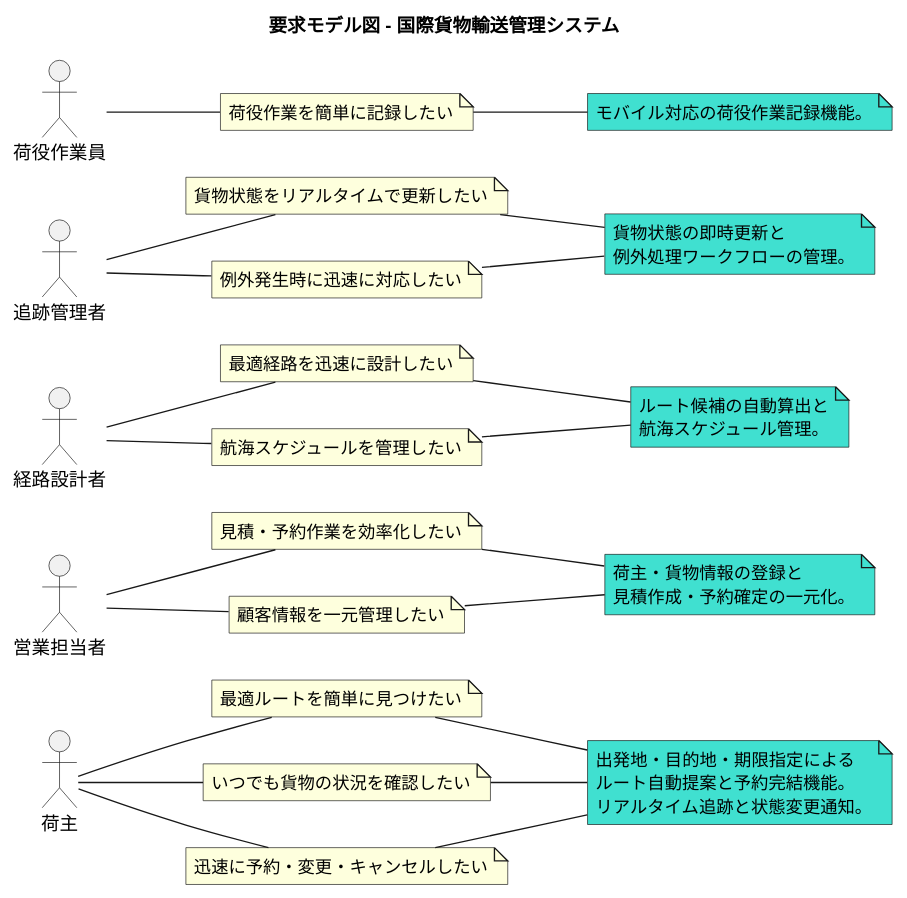
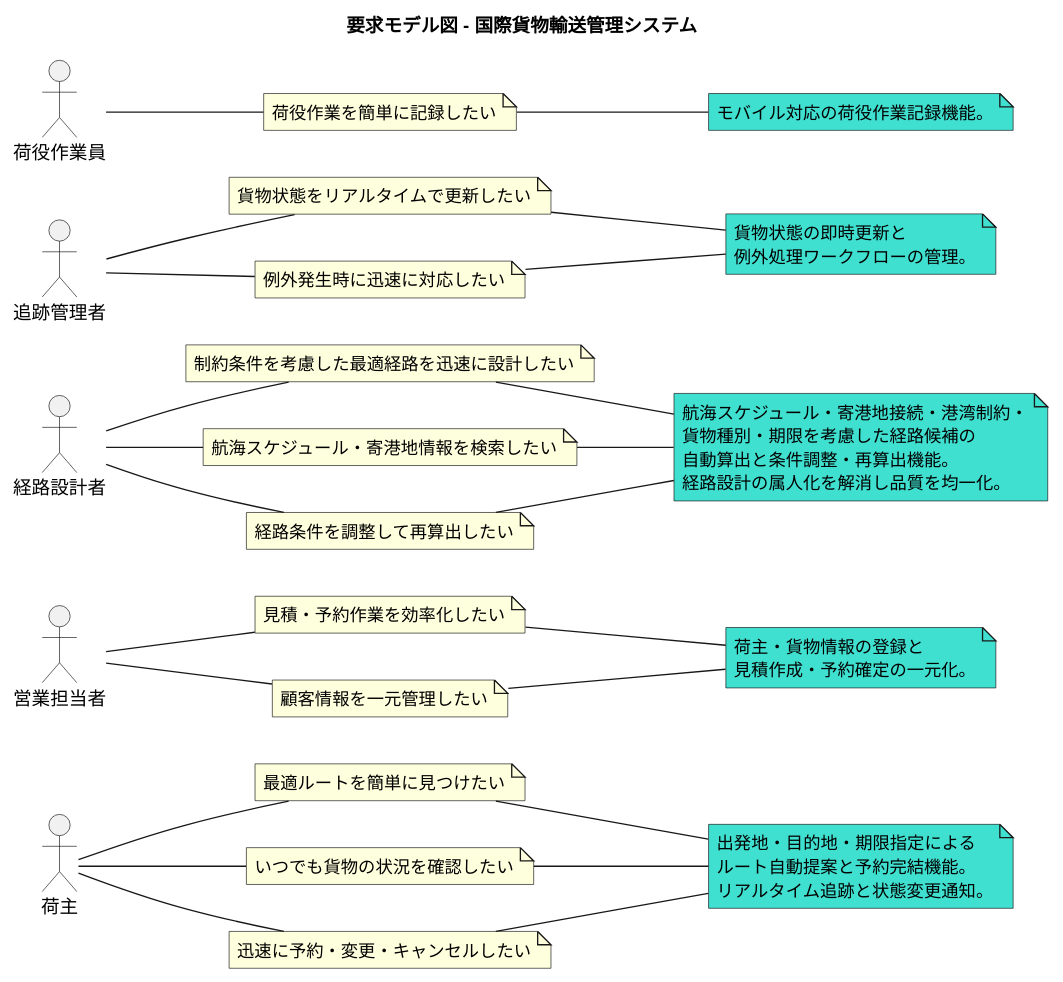
One commit to k2works/case-study-cargo-tracker changed the second of 21 diagrams in docs/requirements/requirements_definition.md. Above: the diagram before and after it, drawn with PlantUML. The commit also changed other lines of this file and 3 other files, not shown here.

````diff
--- a/docs/requirements/requirements_definition.md
+++ b/docs/requirements/requirements_definition.md
@@ -63,69 +61,74 @@
 ```plantuml
 @startuml
 
 title 要求モデル図 - 国際貨物輸送管理システム
 
 left to right direction
 
 actor 荷主
 note "最適ルートを簡単に見つけたい" as s_r1
 note "いつでも貨物の状況を確認したい" as s_r2
 note "迅速に予約・変更・キャンセルしたい" as s_r3
 note as s_dr1 #Turquoise
   出発地・目的地・期限指定による
   ルート自動提案と予約完結機能。
   リアルタイム追跡と状態変更通知。
 end note
 :荷主: -- s_r1
 :荷主: -- s_r2
 :荷主: -- s_r3
 s_r1 -- s_dr1
 s_r2 -- s_dr1
 s_r3 -- s_dr1
 
 actor 営業担当者
 note "見積・予約作業を効率化したい" as sa_r1
 note "顧客情報を一元管理したい" as sa_r2
 note as sa_dr1 #Turquoise
   荷主・貨物情報の登録と
   見積作成・予約確定の一元化。
 end note
 :営業担当者: -- sa_r1
 :営業担当者: -- sa_r2
 sa_r1 -- sa_dr1
 sa_r2 -- sa_dr1
 
 actor 経路設計者
-note "最適経路を迅速に設計したい" as rd_r1
-note "航海スケジュールを管理したい" as rd_r2
+note "制約条件を考慮した最適経路を迅速に設計したい" as rd_r1
+note "航海スケジュール・寄港地情報を検索したい" as rd_r2
+note "経路条件を調整して再算出したい" as rd_r3
 note as rd_dr1 #Turquoise
-  ルート候補の自動算出と
-  航海スケジュール管理。
+  航海スケジュール・寄港地接続・港湾制約・
+  貨物種別・期限を考慮した経路候補の
+  自動算出と条件調整・再算出機能。
+  経路設計の属人化を解消し品質を均一化。
 end note
 :経路設計者: -- rd_r1
 :経路設計者: -- rd_r2
+:経路設計者: -- rd_r3
 rd_r1 -- rd_dr1
 rd_r2 -- rd_dr1
+rd_r3 -- rd_dr1
 
 actor 追跡管理者
 note "貨物状態をリアルタイムで更新したい" as tm_r1
 note "例外発生時に迅速に対応したい" as tm_r2
 note as tm_dr1 #Turquoise
   貨物状態の即時更新と
   例外処理ワークフローの管理。
 end note
 :追跡管理者: -- tm_r1
 :追跡管理者: -- tm_r2
 tm_r1 -- tm_dr1
 tm_r2 -- tm_dr1
 
 actor 荷役作業員
 note "荷役作業を簡単に記録したい" as hw_r1
 note as hw_dr1 #Turquoise
   モバイル対応の荷役作業記録機能。
 end note
 :荷役作業員: -- hw_r1
 hw_r1 -- hw_dr1
 
 @enduml
 ```
````
